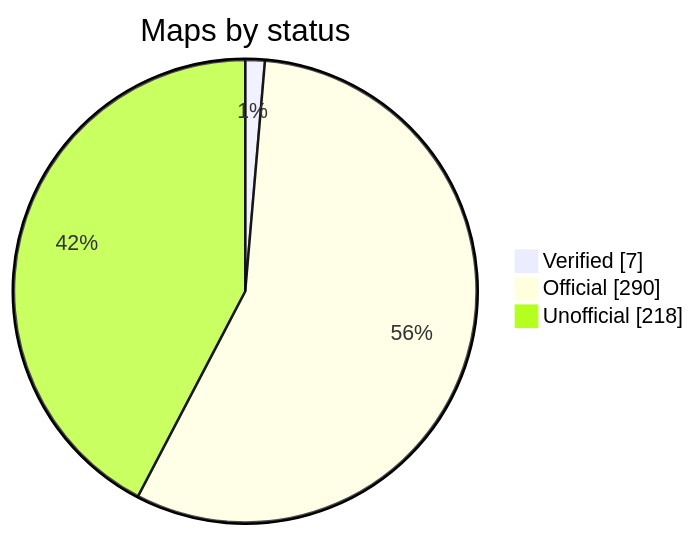
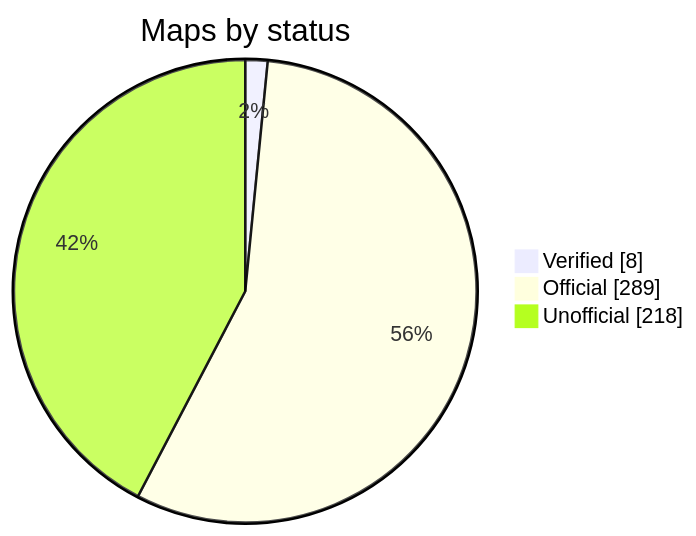
Before and after one commit to nobrega8/mbmap-library: the diagram in README.md, drawn with Mermaid. The commit also changed 2 other files, not shown here.

Commit message:
Mark the XY XY-MD02 map as verified
Tested on an XY-MD02 (firmware not shown). The test settles what the manual left open: the baud rate register holds the rate itself in bit/s (9600 reads 0x2580), the temperature correction is in tenths of a degree, and the device uses 1 stop bit. A new address or baud rate applies only after a power cycle. The humidity correction was not tested and is taken to use tenths as well.

Closes #161. Closes #160.

````diff
--- a/README.md
+++ b/README.md
@@ -50,7 +50,7 @@
 ```mermaid
 pie showData
     title Maps by status
-    "Verified" : 7
-    "Official" : 290
+    "Verified" : 8
+    "Official" : 289
     "Unofficial" : 218
 ```
````
